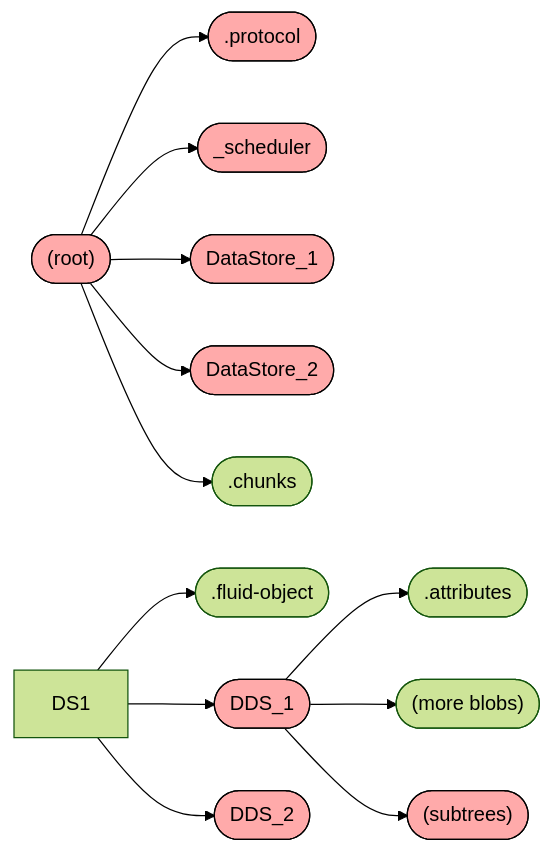
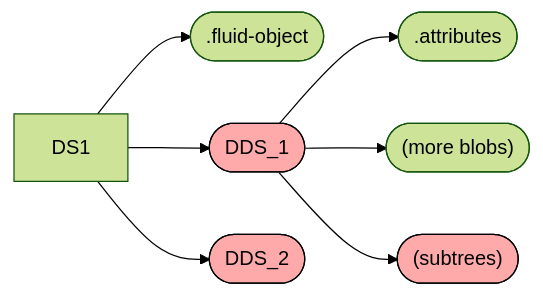
Before and after one commit to microsoft/FluidFramework: the second of 3 diagrams in docs/content/docs/advanced/summarizer.md, drawn with Mermaid (forest theme). The commit also changed other lines of this file and 2 other files, not shown here.

First line of the commit message:
Make summarizer mermaid diagrams more accessible

```diff
--- a/docs/content/docs/advanced/summarizer.md
+++ b/docs/content/docs/advanced/summarizer.md
@@ -15,16 +39,11 @@
 {{< mermaid >}}
 graph LR
-  A(["(root)"]) --> B([.protocol])
-  A --> S([_scheduler])
-  A --> C1([DataStore_1])
-  A --> C2([DataStore_2])
-  A --> CH([.chunks])
   DS1 --> .DS([.fluid-object])
   DS1 --> D1([DDS_1])
   DS1 --> D2([DDS_2])
   D1 --> .D([.attributes])
   D1 --> SB(["(more blobs)"])
   D1 --> ST(["(subtrees)"])
   classDef tree fill:#faa,stroke:#000
   class A,B,S,C1,C2,D1,D2,ST tree
 {{< /mermaid >}}
```
